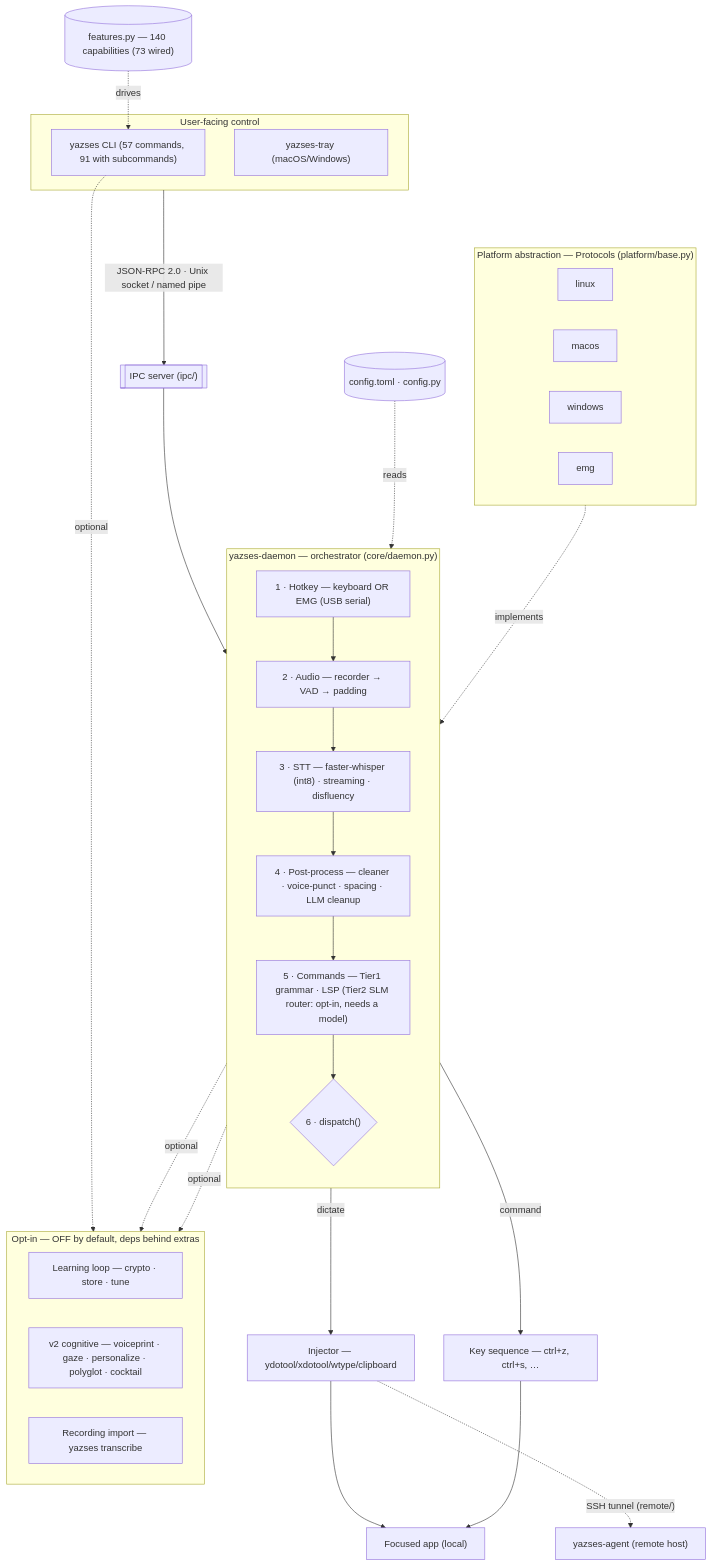
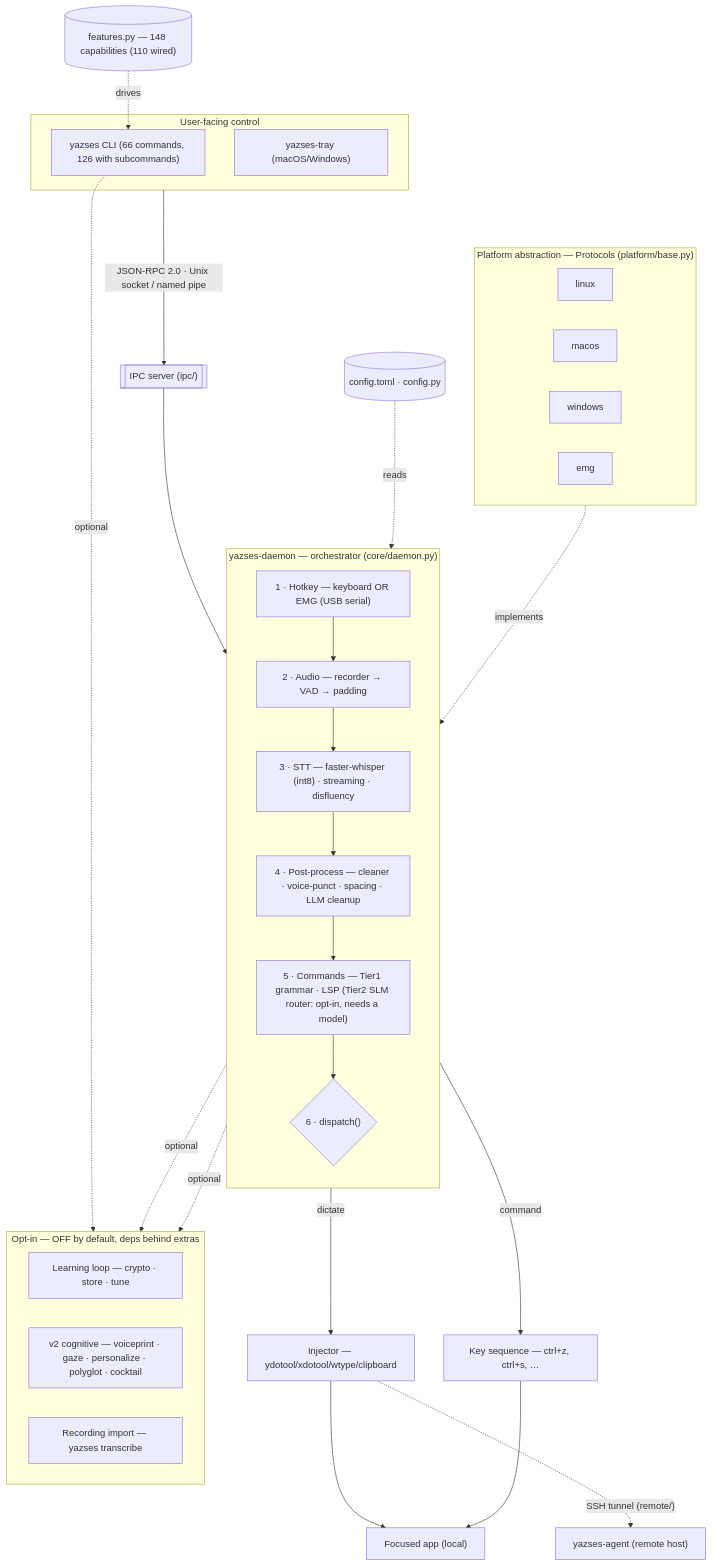
One commit to MSKazemi/yazses changed the diagram in docs/diagrams/index.md. Above: the diagram before and after it, drawn with Mermaid. The commit also changed 8 other files, not shown here.

````diff
--- a/docs/diagrams/index.md
+++ b/docs/diagrams/index.md
@@ -22,50 +22,50 @@
 ```mermaid
 flowchart TB
   subgraph UI["User-facing control"]
-    CLI["yazses CLI (57 commands, 91 with subcommands)"]
+    CLI["yazses CLI (66 commands, 126 with subcommands)"]
     TRAY["yazses-tray (macOS/Windows)"]
   end
   UI -->|"JSON-RPC 2.0 · Unix socket / named pipe"| IPC[["IPC server (ipc/)"]]
   IPC --> DAEMON
 
   subgraph DAEMON["yazses-daemon — orchestrator (core/daemon.py)"]
     direction TB
     HK["1 · Hotkey — keyboard OR EMG (USB serial)"]
     AUD["2 · Audio — recorder → VAD → padding"]
     STT["3 · STT — faster-whisper (int8) · streaming · disfluency"]
     PP["4 · Post-process — cleaner · voice-punct · spacing · LLM cleanup"]
     CMD["5 · Commands — Tier1 grammar · LSP (Tier2 SLM router: opt-in, needs a model)"]
     DIS{"6 · dispatch()"}
     HK --> AUD --> STT --> PP --> CMD --> DIS
   end
 
   CFG[("config.toml · config.py")]
-  FEAT[("features.py — 140 capabilities (73 wired)")]
+  FEAT[("features.py — 148 capabilities (110 wired)")]
   CFG -. reads .-> DAEMON
   FEAT -. drives .-> CLI
 
   DIS -->|dictate| INJ["Injector — ydotool/xdotool/wtype/clipboard"]
   DIS -->|command| KEYS["Key sequence — ctrl+z, ctrl+s, …"]
   INJ --> APP["Focused app (local)"]
   KEYS --> APP
   INJ -. "SSH tunnel (remote/)" .-> AGENT["yazses-agent (remote host)"]
 
   subgraph PLAT["Platform abstraction — Protocols (platform/base.py)"]
     direction LR
     LNX["linux"]
     MAC["macos"]
     WIN["windows"]
     EMG["emg"]
   end
   PLAT -. implements .-> DAEMON
 
   subgraph OPT["Opt-in — OFF by default, deps behind extras"]
     direction LR
     LEARN["Learning loop — crypto · store · tune"]
     V2["v2 cognitive — voiceprint · gaze · personalize · polyglot · cocktail"]
     RECIMP["Recording import — yazses transcribe"]
   end
   DAEMON -. optional .-> LEARN
   DAEMON -. optional .-> V2
   CLI -. optional .-> RECIMP
 ```
````
